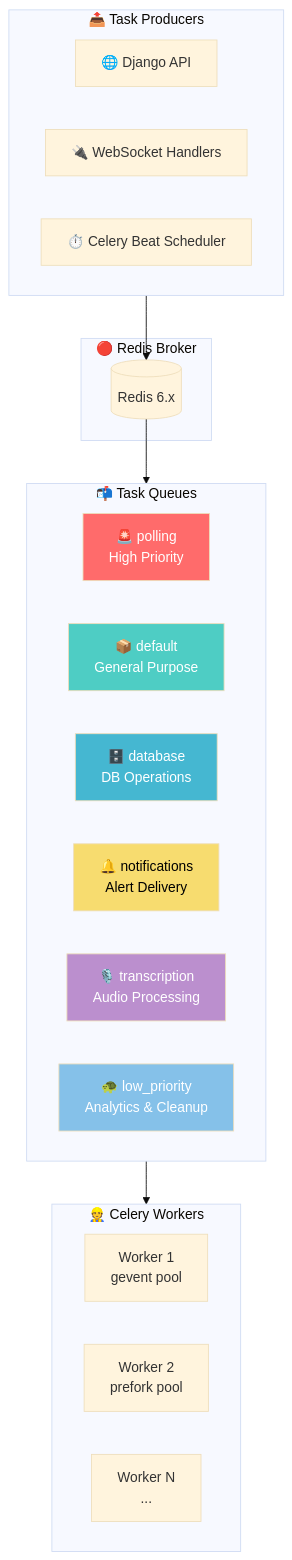
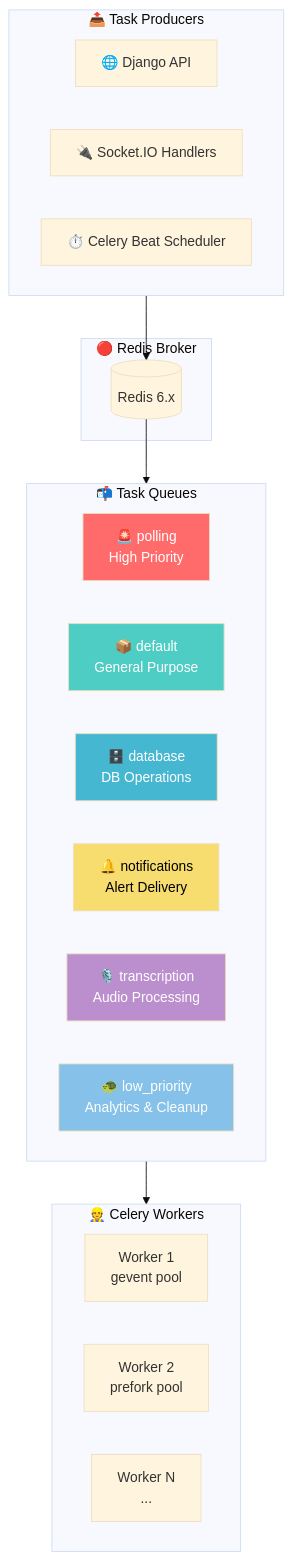
Before and after one commit to CHA0S-CORP/SkySpy: the first of 10 diagrams in docs/09-background-tasks.md, drawn with Mermaid (base theme). The commit also changed other lines of this file and 18 other files, not shown here.

````diff
--- a/docs/09-background-tasks.md
+++ b/docs/09-background-tasks.md
@@ -21,38 +21,38 @@
 ```mermaid
 flowchart TB
     subgraph Producers["📤 Task Producers"]
         API[🌐 Django API]
-        WS[🔌 WebSocket Handlers]
+        WS[🔌 Socket.IO Handlers]
         Beat[⏱️ Celery Beat Scheduler]
     end
 
     subgraph Broker["🔴 Redis Broker"]
         Redis[(Redis 6.x)]
     end
 
     subgraph Queues["📬 Task Queues"]
         Q1[🚨 polling<br/>High Priority]
         Q2[📦 default<br/>General Purpose]
         Q3[🗄️ database<br/>DB Operations]
         Q4[🔔 notifications<br/>Alert Delivery]
         Q5[🎙️ transcription<br/>Audio Processing]
         Q6[🐢 low_priority<br/>Analytics & Cleanup]
     end
 
     subgraph Workers["👷 Celery Workers"]
         W1[Worker 1<br/>gevent pool]
         W2[Worker 2<br/>prefork pool]
         W3[Worker N<br/>...]
     end
 
     Producers --> Redis
     Redis --> Queues
     Queues --> Workers
 
     style Q1 fill:#ff6b6b,color:#fff
     style Q2 fill:#4ecdc4,color:#fff
     style Q3 fill:#45b7d1,color:#fff
     style Q4 fill:#f7dc6f,color:#000
     style Q5 fill:#bb8fce,color:#fff
     style Q6 fill:#85c1e9,color:#fff
 ```
````
